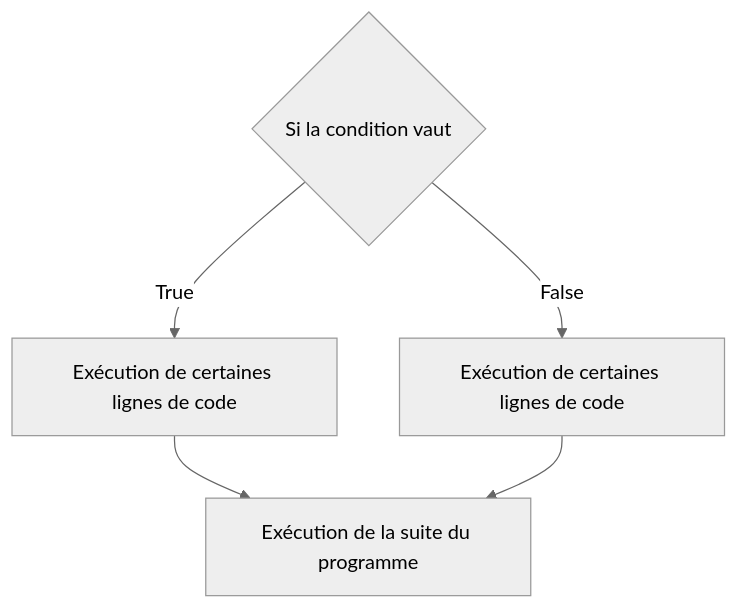
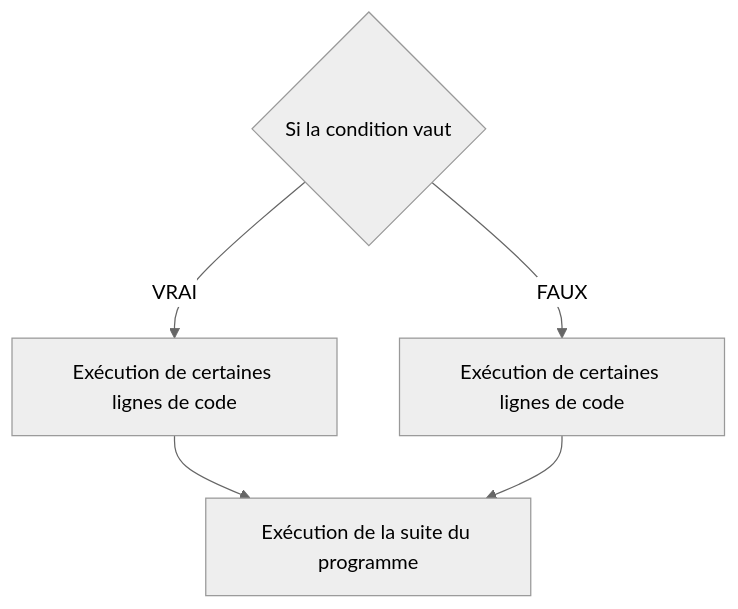
The sixth of 9 diagrams in première/Langages_et_programmation/Constructions_élémentaires/Instructions_conditionnelles.md (boddaert/nsi), drawn with Mermaid (neutral theme) before and after one commit. The commit also changed other lines of this file, not shown here.

````diff
--- a/première/Langages_et_programmation/Constructions_élémentaires/Instructions_conditionnelles.md
+++ b/première/Langages_et_programmation/Constructions_élémentaires/Instructions_conditionnelles.md
@@ -127,8 +127,8 @@
 ```mermaid
   graph TB;
       A{Si la condition vaut};
-      A--True-->B[Exécution de certaines lignes de code];
-      A--False-->C[Exécution de certaines lignes de code];   
+      A--VRAI-->B[Exécution de certaines lignes de code];
+      A--FAUX-->C[Exécution de certaines lignes de code];   
       B-->D[Exécution de la suite du programme];
       C-->D[Exécution de la suite du programme]; 
 ```
````
